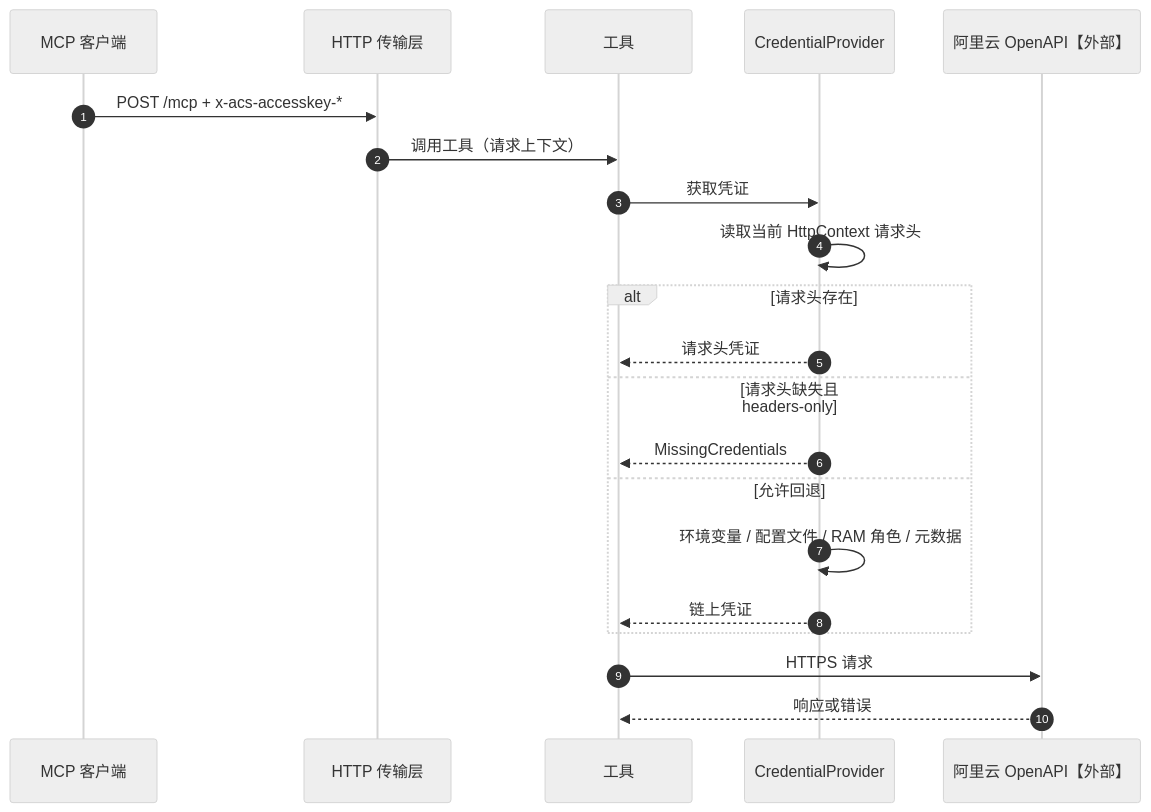
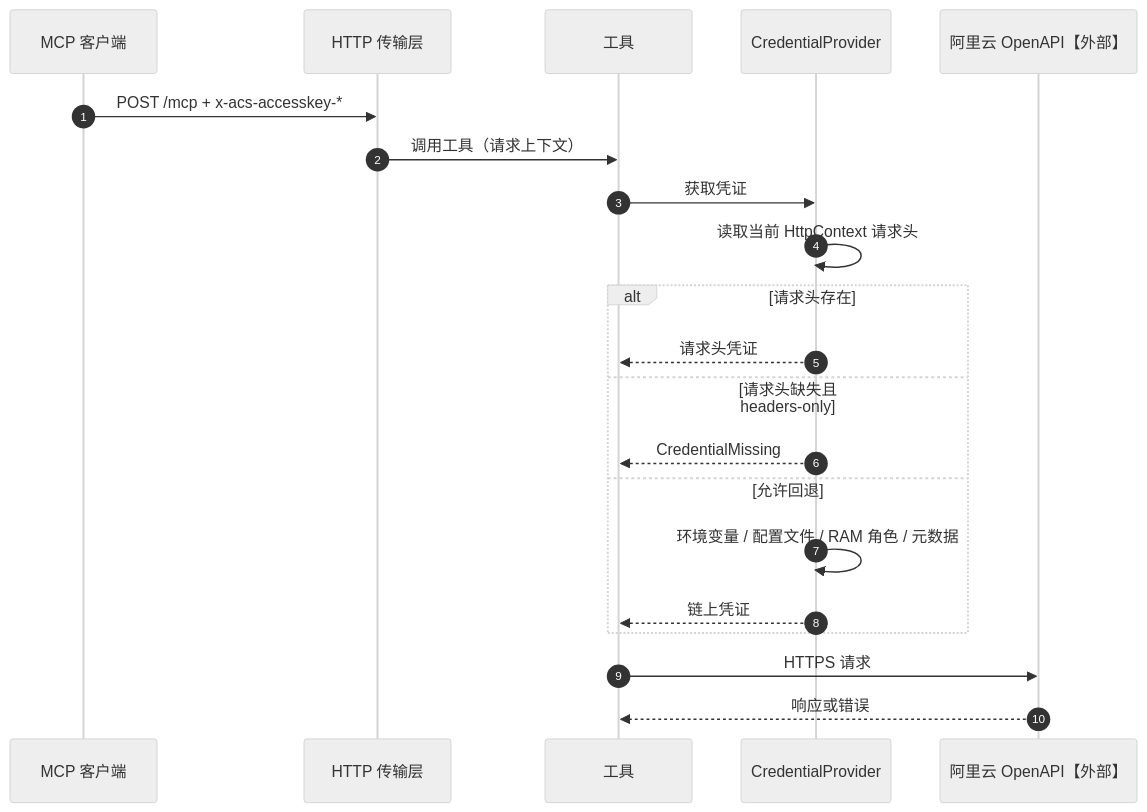
The third of 3 diagrams in docs/流程/03-凭证与端点解析-v1.md (bambuo/alibaba-cloud-ops-mcp-server-cs), drawn with Mermaid (neutral theme) before and after one commit. The commit also changed other lines of this file and 43 other files, not shown here.

````diff
--- a/docs/流程/03-凭证与端点解析-v1.md
+++ b/docs/流程/03-凭证与端点解析-v1.md
@@ -67,24 +67,24 @@
 ```mermaid
 sequenceDiagram
     autonumber
     participant C as MCP 客户端
     participant H as HTTP 传输层
     participant T as 工具
     participant P as CredentialProvider
     participant A as 阿里云 OpenAPI【外部】
 
     C->>H: POST /mcp + x-acs-accesskey-*
     H->>T: 调用工具（请求上下文）
     T->>P: 获取凭证
     P->>P: 读取当前 HttpContext 请求头
     alt 请求头存在
         P-->>T: 请求头凭证
     else 请求头缺失且 headers-only
-        P-->>T: MissingCredentials
+        P-->>T: CredentialMissing
     else 允许回退
         P->>P: 环境变量 / 配置文件 / RAM 角色 / 元数据
         P-->>T: 链上凭证
     end
     T->>A: HTTPS 请求
     A-->>T: 响应或错误
 ```
````
